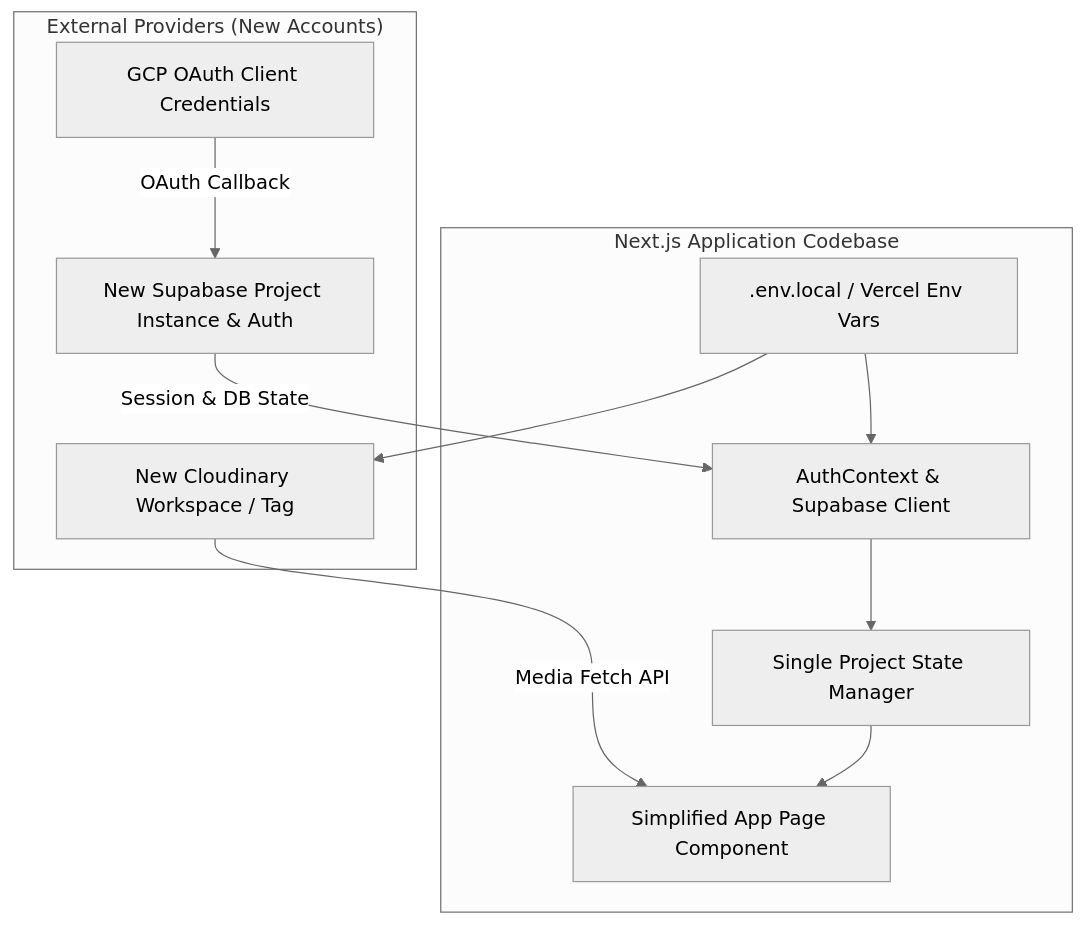
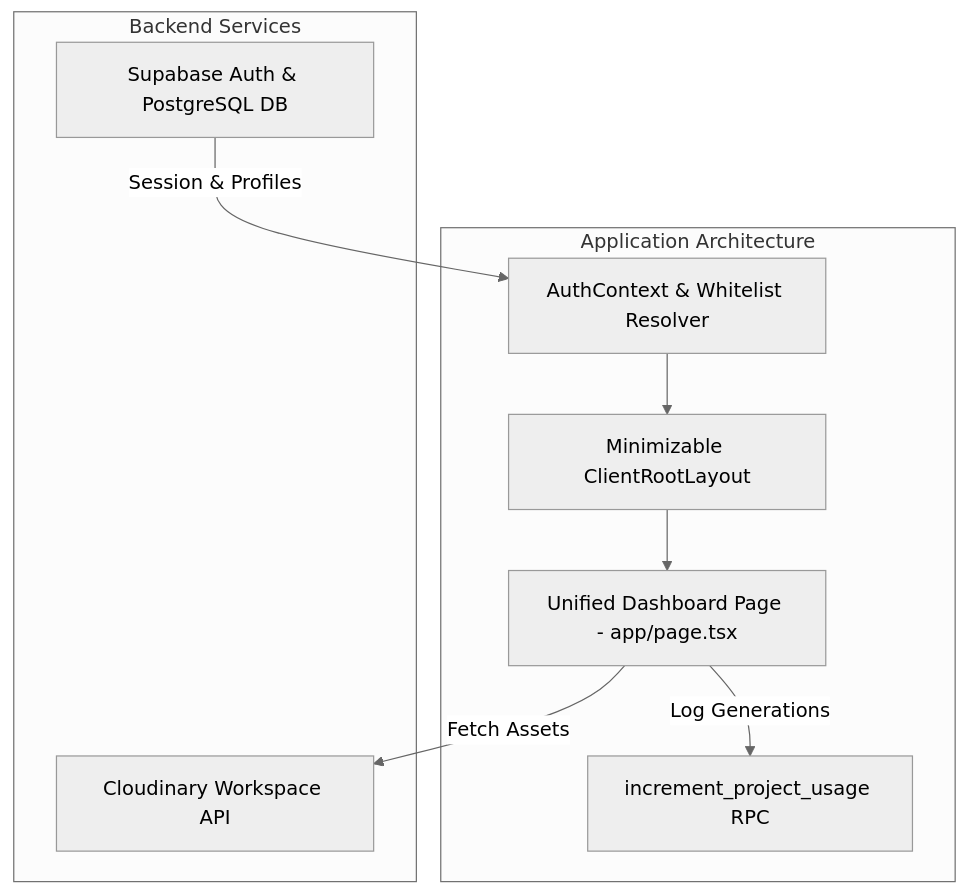
The diagram in specs/001-single-project-migration/plan.md (teamairport-photobooth/Cairo-Airport-Photobooth-Dashboard), drawn with Mermaid (neutral theme) before and after one commit. The commit also changed other lines of this file and 7 other files, not shown here.

Commit message:
Simplified settings in the web app

````diff
--- a/specs/001-single-project-migration/plan.md
+++ b/specs/001-single-project-migration/plan.md
@@ -21,22 +21,20 @@
 ```mermaid
 flowchart TD
-    subgraph "External Providers (New Accounts)"
-        GCP[GCP OAuth Client Credentials]
-        SUPA[New Supabase Project Instance & Auth]
-        CLOUD[New Cloudinary Workspace / Tag]
+    subgraph "Backend Services"
+        SUPA[Supabase Auth & PostgreSQL DB]
+        CLOUD[Cloudinary Workspace API]
     end
 
-    subgraph "Next.js Application Codebase"
-        ENV[.env.local / Vercel Env Vars]
-        AUTH[AuthContext & Supabase Client]
-        STORE[Single Project State Manager]
-        UI[Simplified App Page Component]
+    subgraph "Application Architecture"
+        AUTH[AuthContext & Whitelist Resolver]
+        LAYOUT[Minimizable ClientRootLayout]
+        CONSOLE[Unified Dashboard Page - app/page.tsx]
+        RPC[increment_project_usage RPC]
     end
 
-    GCP -->|OAuth Callback| SUPA
-    SUPA -->|Session & DB State| AUTH
-    CLOUD -->|Media Fetch API| UI
-    ENV --> AUTH & CLOUD
-    AUTH --> STORE
-    STORE --> UI
+    SUPA -->|Session & Profiles| AUTH
+    AUTH --> LAYOUT
+    LAYOUT --> CONSOLE
+    CONSOLE -->|Fetch Assets| CLOUD
+    CONSOLE -->|Log Generations| RPC
 ```
````
